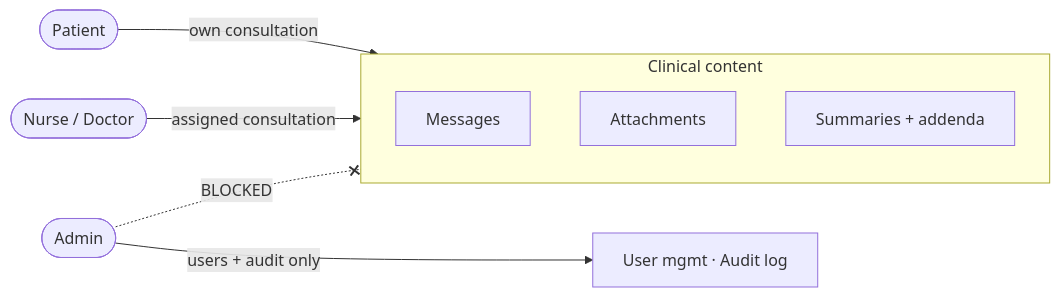
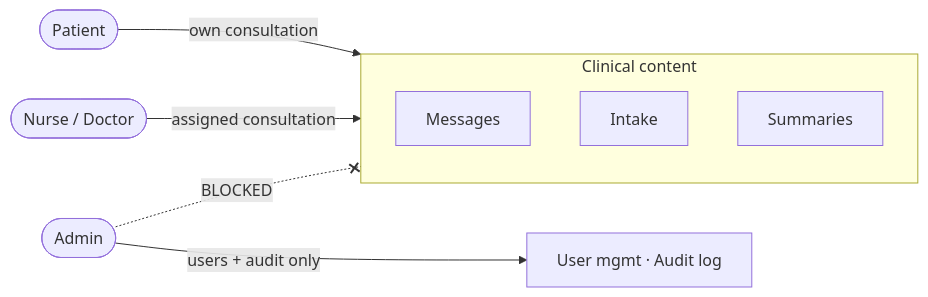
The second of 2 diagrams in docs/security-privacy.md (akritiupreti/virtual-consultation-platform), drawn with Mermaid before and after one commit. The commit also changed other lines of this file and 193 other files, not shown here.

First line of the commit message:
refactor: simplify consultation workflow and fix data-model diagram

````diff
--- a/docs/security-privacy.md
+++ b/docs/security-privacy.md
@@ -72,12 +64,12 @@
 ```mermaid
 flowchart LR
     subgraph clinical [Clinical content]
         M[Messages]
-        At[Attachments]
-        Su[Summaries + addenda]
+        In[Intake]
+        Su[Summaries]
     end
     Patient([Patient]) -->|own consultation| clinical
     Clinician([Nurse / Doctor]) -->|assigned consultation| clinical
     Admin([Admin]) -. BLOCKED .-x clinical
     Admin -->|users + audit only| Ops[User mgmt · Audit log]
 ```
````
